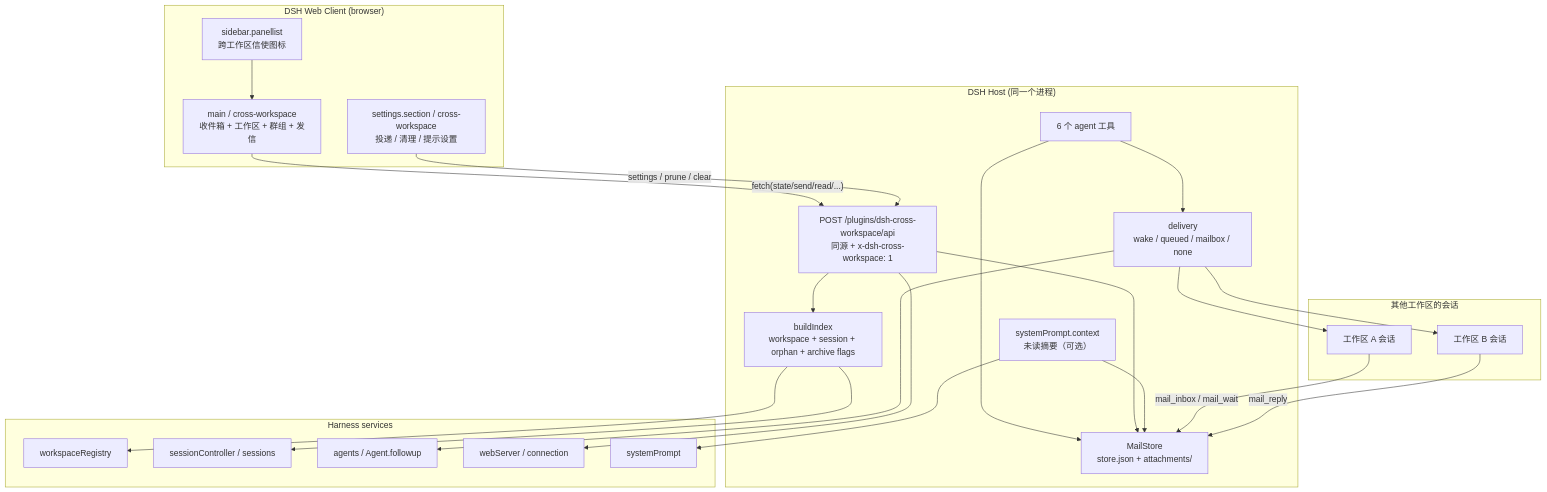
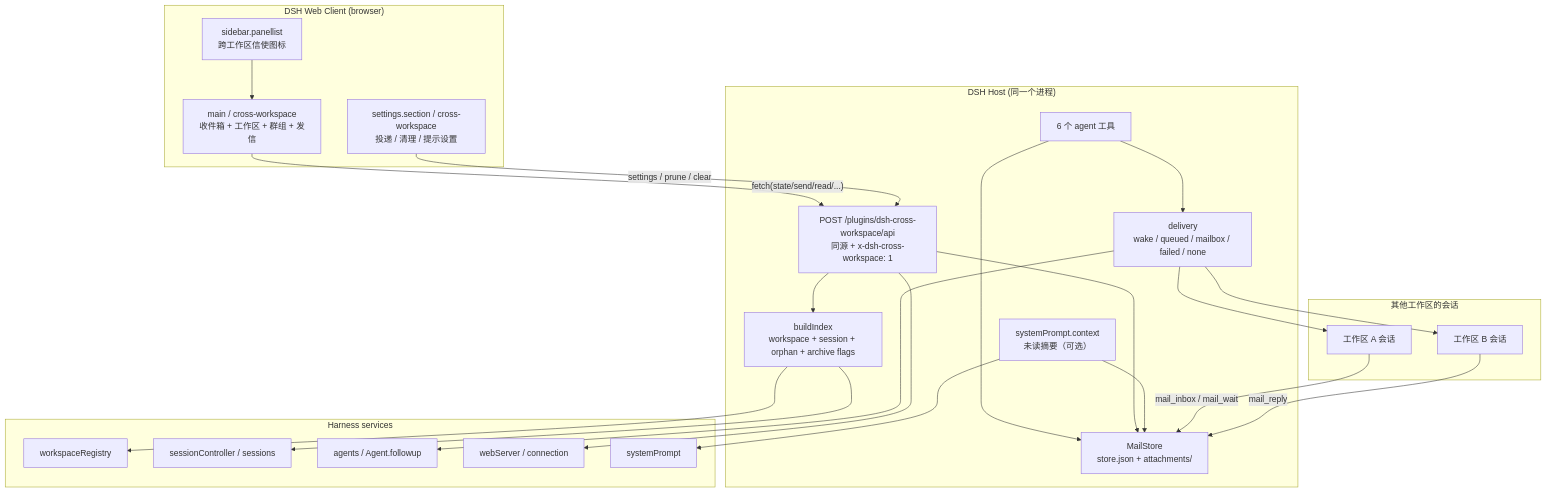
The first of 5 diagrams in docs/ARCHITECTURE.md (dream-office/dsh-cross-workspace), drawn with Mermaid before and after one commit. The commit also changed other lines of this file and 14 other files, not shown here.

Commit message:
fix: snapshot read obligation and failed delivery retry (P0-2/P1)

````diff
--- a/docs/ARCHITECTURE.md
+++ b/docs/ARCHITECTURE.md
@@ -15,48 +15,48 @@
 ```mermaid
 flowchart TB
   subgraph Web["DSH Web Client (browser)"]
     Icon["sidebar.panellist<br/>跨工作区信使图标"]
     Page["main / cross-workspace<br/>收件箱 + 工作区 + 群组 + 发信"]
     Settings["settings.section / cross-workspace<br/>投递 / 清理 / 提示设置"]
   end
 
   subgraph Host["DSH Host (同一个进程)"]
     Route["POST /plugins/dsh-cross-workspace/api<br/>同源 + x-dsh-cross-workspace: 1"]
     Tools["6 个 agent 工具"]
     Context["systemPrompt.context<br/>未读摘要（可选）"]
     Store["MailStore<br/>store.json + attachments/"]
-    Delivery["delivery<br/>wake / queued / mailbox / none"]
+    Delivery["delivery<br/>wake / queued / mailbox / failed / none"]
     Index["buildIndex<br/>workspace + session + orphan + archive flags"]
   end
 
   subgraph DSH["Harness services"]
     WS["workspaceRegistry"]
     SC["sessionController / sessions"]
     AG["agents / Agent.followup"]
     WEB["webServer / connection"]
     SP["systemPrompt"]
   end
 
   subgraph Sessions["其他工作区的会话"]
     S1["工作区 A 会话"]
     S2["工作区 B 会话"]
   end
 
   Icon --> Page
   Page -->|"fetch(state/send/read/...)"| Route
   Settings -->|"settings / prune / clear"| Route
   Tools --> Store
   Tools --> Delivery
   Route --> Store
   Route --> Index
   Context --> Store
   Delivery --> AG
   Index --> WS
   Index --> SC
   Route --> WEB
   Context --> SP
   Delivery --> S1
   Delivery --> S2
   S1 -->|"mail_inbox / mail_wait"| Store
   S2 -->|"mail_reply"| Store
 ```
````
